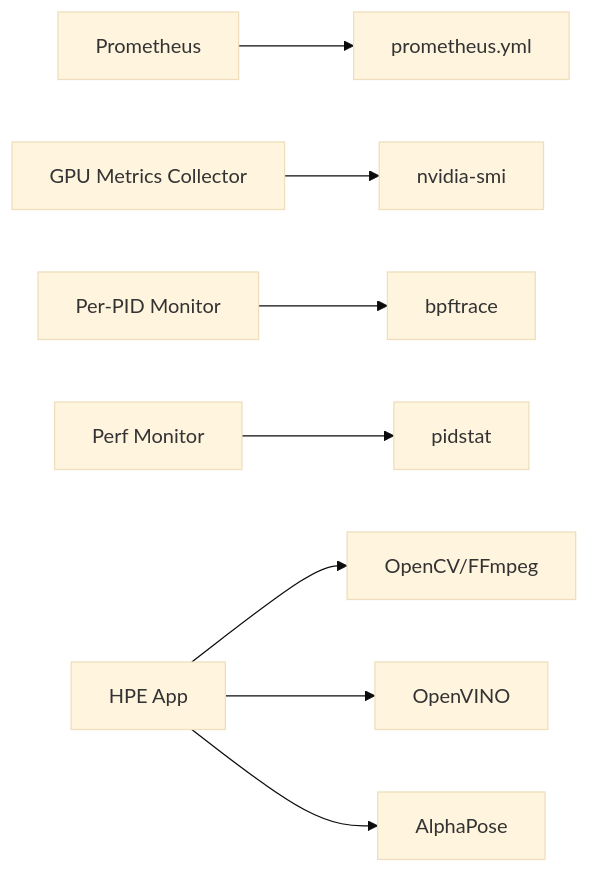
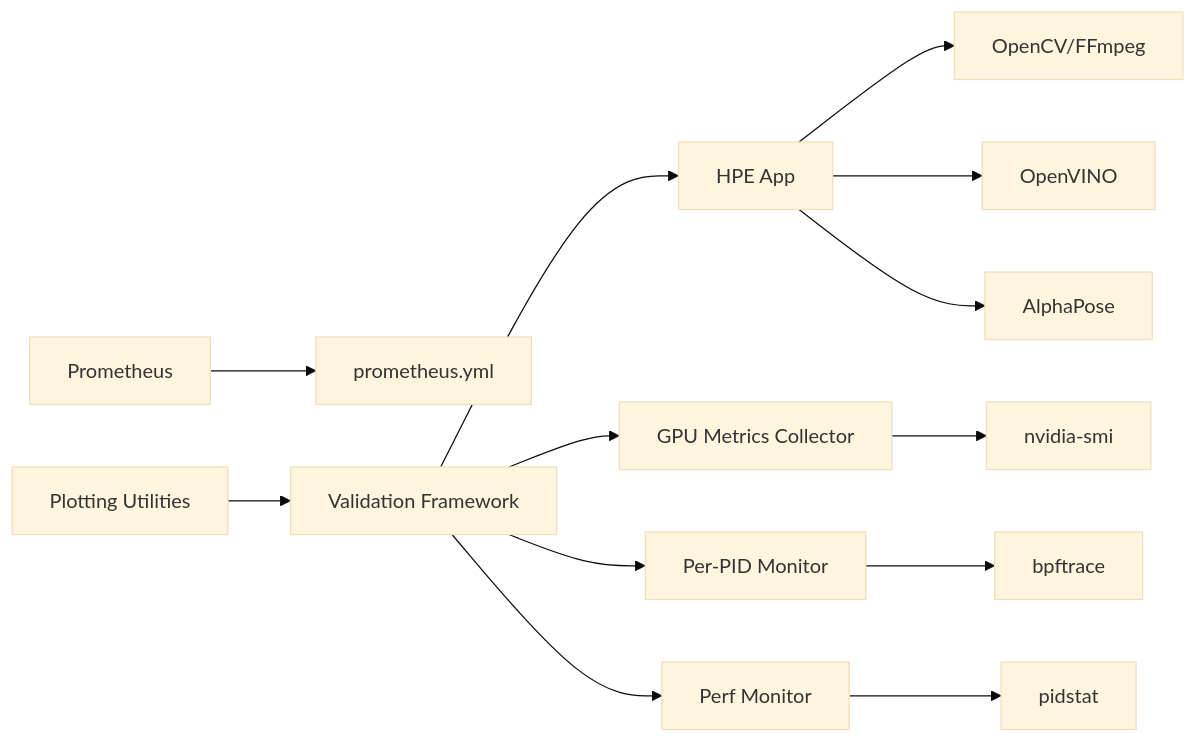
One commit to Fogus-Gr/MeasurementsDTs changed the seventh of 7 diagrams in .qoder/repowiki/en/content/Monitoring and Analytics/Metrics Collection.md. Above: the diagram before and after it, drawn with Mermaid (base theme). The commit also changed other lines of this file and 11 other files, not shown here.

````diff
--- a/.qoder/repowiki/en/content/Monitoring and Analytics/Metrics Collection.md
+++ b/.qoder/repowiki/en/content/Monitoring and Analytics/Metrics Collection.md
@@ -283,10 +365,15 @@
 ```mermaid
 graph LR
 PR["Prometheus"] --> CFG["prometheus.yml"]
 GM["GPU Metrics Collector"] --> NSMI["nvidia-smi"]
 PMH["Per-PID Monitor"] --> BPF["bpftrace"]
 PMR["Perf Monitor"] --> PS["pidstat"]
 HPE["HPE App"] --> CAP["OpenCV/FFmpeg"]
 HPE --> OV["OpenVINO"]
 HPE --> AP["AlphaPose"]
+VAL["Validation Framework"] --> HPE
+VAL --> GM
+VAL --> PMH
+VAL --> PMR
+PLOT["Plotting Utilities"] --> VAL
 ```
````
